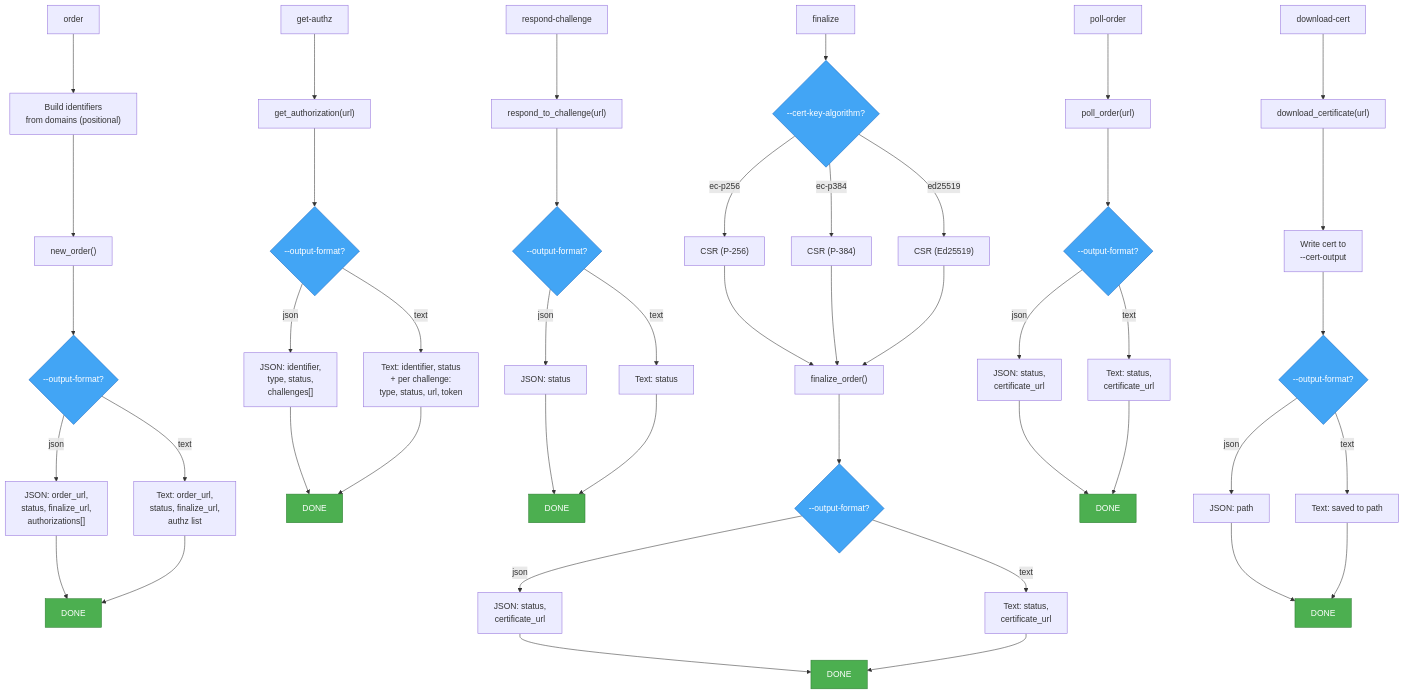
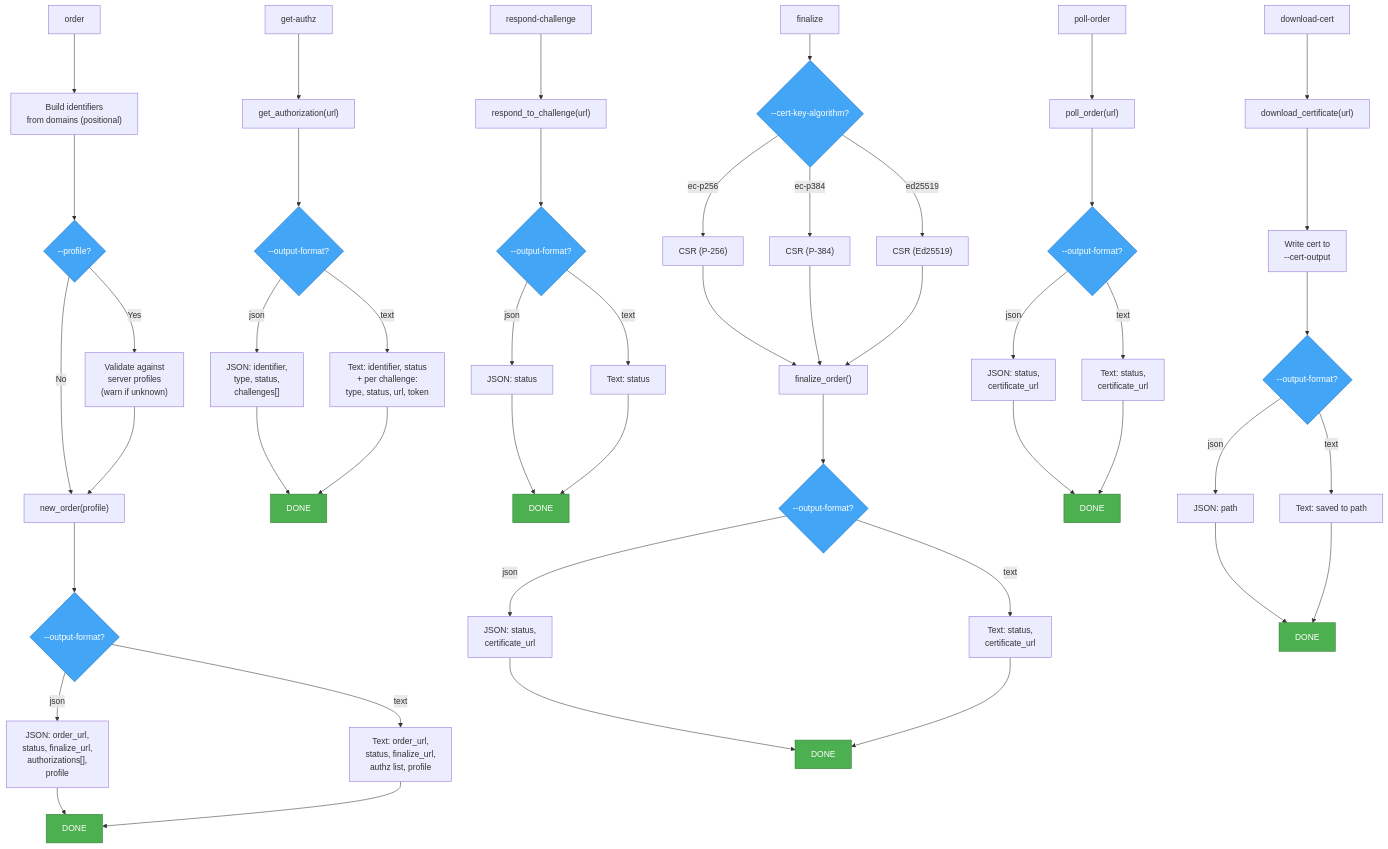
The sixth of 8 diagrams in PARAMETER-FLOW.md (andrico21/acme-client-rs), drawn with Mermaid before and after one commit. The commit also changed other lines of this file and 7 other files, not shown here.

````diff
--- a/PARAMETER-FLOW.md
+++ b/PARAMETER-FLOW.md
@@ -367,63 +371,66 @@
 ```mermaid
 graph TD
     %% === order ===
     ORD["order"] --> ORD_IDS["Build identifiers<br/>from domains (positional)"]
-    ORD_IDS --> ORD_CALL["new_order()"]
+    ORD_IDS --> ORD_PROF{"--profile?"}
+    ORD_PROF -- Yes --> ORD_PROF_VAL["Validate against<br/>server profiles<br/>(warn if unknown)"]
+    ORD_PROF -- No --> ORD_CALL
+    ORD_PROF_VAL --> ORD_CALL["new_order(profile)"]
     ORD_CALL --> ORD_FMT{"--output-format?"}
-    ORD_FMT -- json --> ORD_JSON["JSON: order_url,<br/>status, finalize_url,<br/>authorizations[]"]
-    ORD_FMT -- text --> ORD_TEXT["Text: order_url,<br/>status, finalize_url,<br/>authz list"]
+    ORD_FMT -- json --> ORD_JSON["JSON: order_url,<br/>status, finalize_url,<br/>authorizations[],<br/>profile"]
+    ORD_FMT -- text --> ORD_TEXT["Text: order_url,<br/>status, finalize_url,<br/>authz list, profile"]
     ORD_JSON --> ORD_DONE["DONE"]
     ORD_TEXT --> ORD_DONE
 
     %% === get-authz ===
     GAZ["get-authz"] --> GAZ_CALL["get_authorization(url)"]
     GAZ_CALL --> GAZ_FMT{"--output-format?"}
     GAZ_FMT -- json --> GAZ_JSON["JSON: identifier,<br/>type, status,<br/>challenges[]"]
     GAZ_FMT -- text --> GAZ_TEXT["Text: identifier, status<br/>+ per challenge:<br/>type, status, url, token"]
     GAZ_JSON --> GAZ_DONE["DONE"]
     GAZ_TEXT --> GAZ_DONE
 
     %% === respond-challenge (trivial) ===
     RC["respond-challenge"] --> RC_CALL["respond_to_challenge(url)"]
     RC_CALL --> RC_FMT{"--output-format?"}
     RC_FMT -- json --> RC_JSON["JSON: status"]
     RC_FMT -- text --> RC_TEXT["Text: status"]
     RC_JSON --> RC_DONE["DONE"]
     RC_TEXT --> RC_DONE
 
     %% === finalize ===
     FIN["finalize"] --> FIN_ALG{"--cert-key-algorithm?"}
     FIN_ALG -- ec-p256 --> FIN_CSR["CSR (P-256)"]
     FIN_ALG -- ec-p384 --> FIN_CSR2["CSR (P-384)"]
     FIN_ALG -- ed25519 --> FIN_CSR3["CSR (Ed25519)"]
     FIN_CSR --> FIN_CALL
     FIN_CSR2 --> FIN_CALL
     FIN_CSR3 --> FIN_CALL["finalize_order()"]
     FIN_CALL --> FIN_FMT{"--output-format?"}
     FIN_FMT -- json --> FIN_JSON["JSON: status,<br/>certificate_url"]
     FIN_FMT -- text --> FIN_TEXT["Text: status,<br/>certificate_url"]
     FIN_JSON --> FIN_DONE["DONE"]
     FIN_TEXT --> FIN_DONE
 
     %% === poll-order (trivial) ===
     PO["poll-order"] --> PO_CALL["poll_order(url)"]
     PO_CALL --> PO_FMT{"--output-format?"}
     PO_FMT -- json --> PO_JSON["JSON: status,<br/>certificate_url"]
     PO_FMT -- text --> PO_TEXT["Text: status,<br/>certificate_url"]
     PO_JSON --> PO_DONE["DONE"]
     PO_TEXT --> PO_DONE
 
     %% === download-cert ===
     DC["download-cert"] --> DC_CALL["download_certificate(url)"]
     DC_CALL --> DC_WRITE["Write cert to<br/>--cert-output"]
     DC_WRITE --> DC_FMT{"--output-format?"}
     DC_FMT -- json --> DC_JSON["JSON: path"]
     DC_FMT -- text --> DC_TEXT["Text: saved to path"]
     DC_JSON --> DC_DONE["DONE"]
     DC_TEXT --> DC_DONE
 
     classDef success fill:#4caf50,color:white,stroke:#2e7d32
     classDef decision fill:#42a5f5,color:white,stroke:#1565c0
     class ORD_DONE,GAZ_DONE,RC_DONE,FIN_DONE,PO_DONE,DC_DONE success
-    class ORD_FMT,GAZ_FMT,RC_FMT,FIN_ALG,FIN_FMT,PO_FMT,DC_FMT decision
+    class ORD_FMT,ORD_PROF,GAZ_FMT,RC_FMT,FIN_ALG,FIN_FMT,PO_FMT,DC_FMT decision
 ```
````
